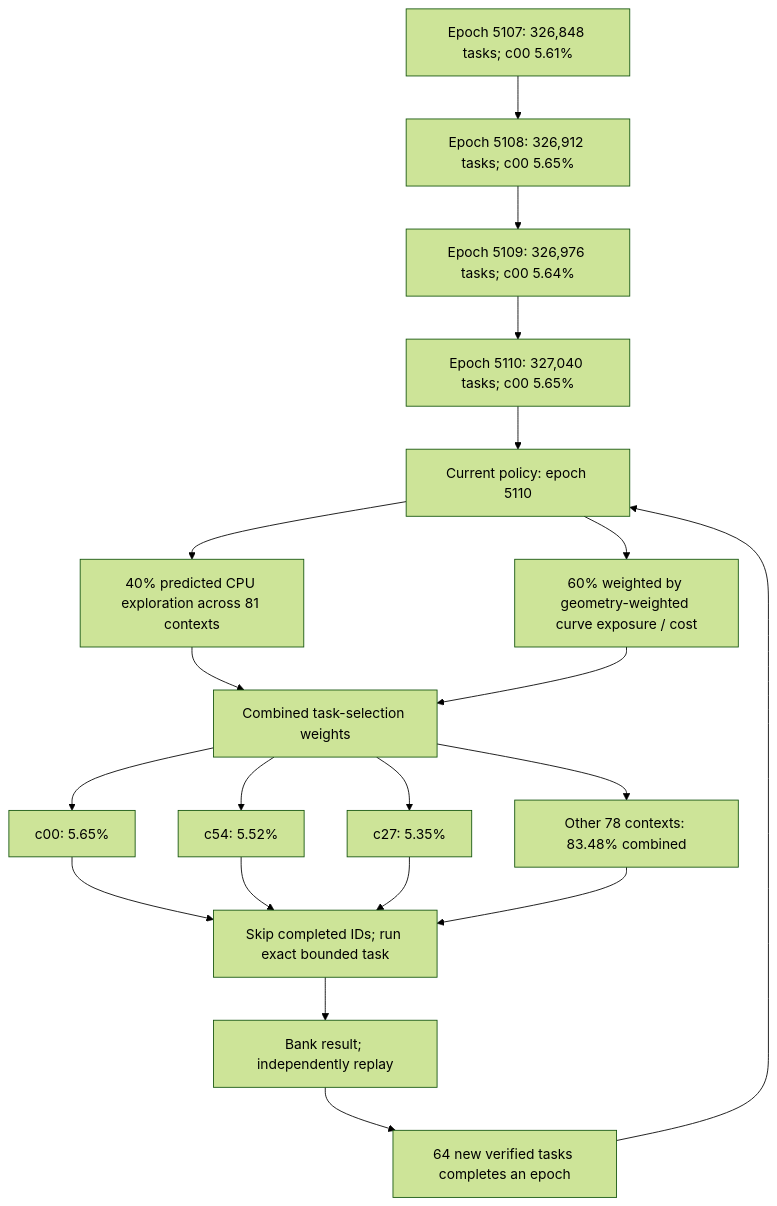
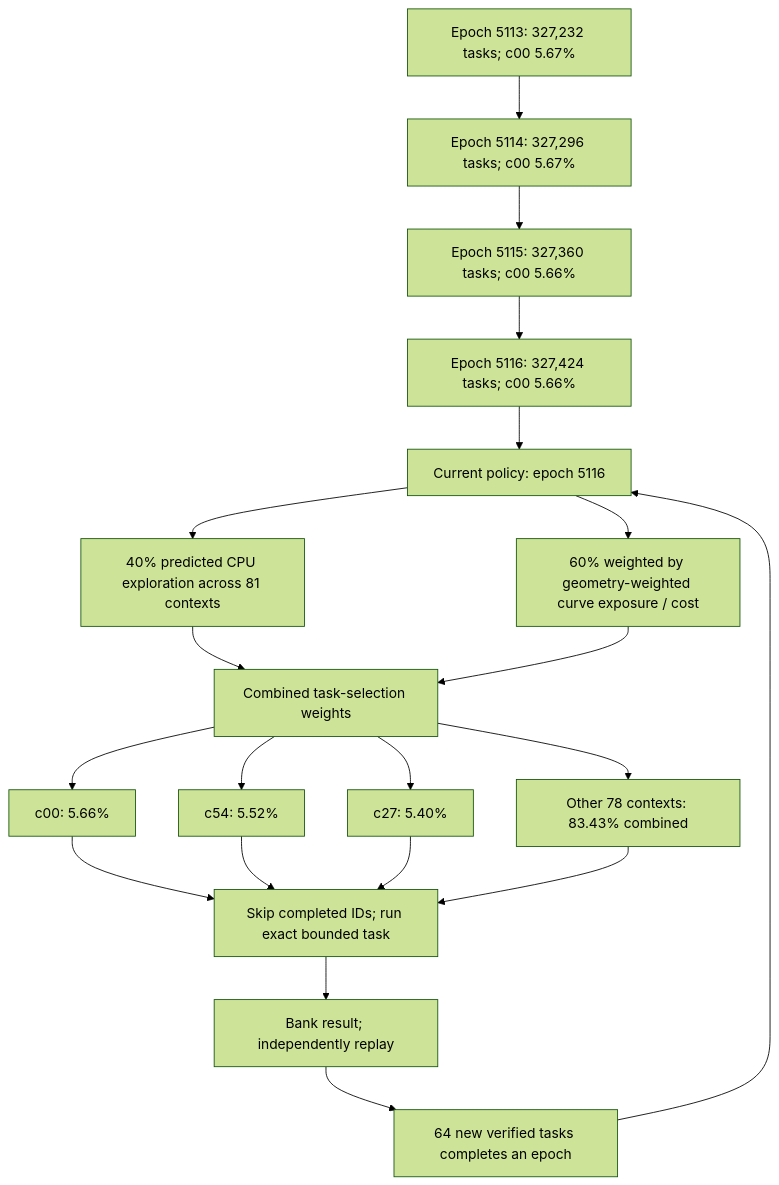
One commit to Kuberwastaken/math-gambling changed the first of 3 diagrams in README.md. Above: the diagram before and after it, drawn with Mermaid (forest theme). The commit also changed other lines of this file and 1474 other files, not shown here.

````diff
--- a/README.md
+++ b/README.md
@@ -60,27 +60,27 @@
 ```mermaid
 flowchart TD
-    H0["Epoch 5107: 326,848 tasks; c00 5.61%"]
-    H1["Epoch 5108: 326,912 tasks; c00 5.65%"]
+    H0["Epoch 5113: 327,232 tasks; c00 5.67%"]
+    H1["Epoch 5114: 327,296 tasks; c00 5.67%"]
     H0 --> H1
-    H2["Epoch 5109: 326,976 tasks; c00 5.64%"]
+    H2["Epoch 5115: 327,360 tasks; c00 5.66%"]
     H1 --> H2
-    H3["Epoch 5110: 327,040 tasks; c00 5.65%"]
+    H3["Epoch 5116: 327,424 tasks; c00 5.66%"]
     H2 --> H3
-    Policy["Current policy: epoch 5110"]
+    Policy["Current policy: epoch 5116"]
     H3 --> Policy
     Policy --> Explore["40% predicted CPU exploration across 81 contexts"]
     Policy --> Cost["60% weighted by geometry-weighted curve exposure / cost"]
     Explore --> Mix["Combined task-selection weights"]
     Cost --> Mix
-    Mix --> C0["c00: 5.65%"]
+    Mix --> C0["c00: 5.66%"]
     Mix --> C1["c54: 5.52%"]
-    Mix --> C2["c27: 5.35%"]
-    Mix --> Rest["Other 78 contexts: 83.48% combined"]
+    Mix --> C2["c27: 5.40%"]
+    Mix --> Rest["Other 78 contexts: 83.43% combined"]
     C0 --> Check["Skip completed IDs; run exact bounded task"]
     C1 --> Check
     C2 --> Check
     Rest --> Check
     Check --> Replay["Bank result; independently replay"]
     Replay --> Gate["64 new verified tasks completes an epoch"]
     Gate --> Policy
 ```
````
